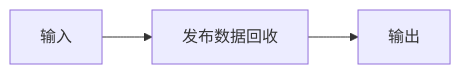
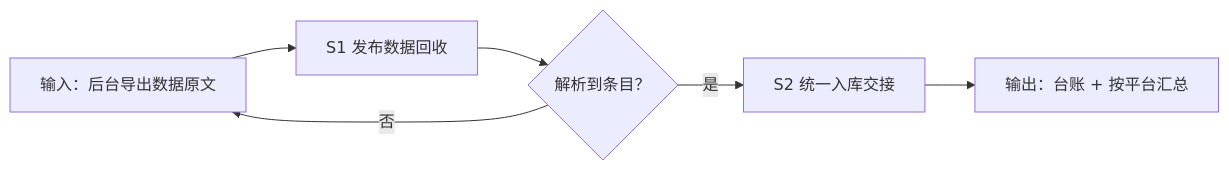
One commit to bangwozuo/multi-publish-zh changed the diagram in workflows/publish-data-retrieval-flow/SKILL.md. Above: the diagram before and after it, drawn with Mermaid. The commit also changed other lines of this file and 80 other files, not shown here.

````diff
--- a/workflows/publish-data-retrieval-flow/SKILL.md
+++ b/workflows/publish-data-retrieval-flow/SKILL.md
@@ -26,8 +39,11 @@
 ```mermaid
 flowchart LR
-    IN["输入"]
-    S1["发布数据回收"]
-    OUT["输出"]
+    IN["输入：后台导出数据原文"]
+    S1["S1 发布数据回收"]
+    Q1{"解析到条目？"}
+    Q1 -- 否 --> IN
+    Q1 -- 是 --> S2["S2 统一入库交接"]
+    S2 --> OUT["输出：台账 + 按平台汇总"]
     IN --> S1
-    S1 --> OUT
+    S1 --> Q1
 ```
````
